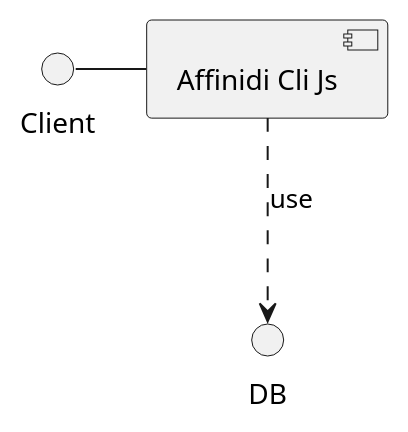
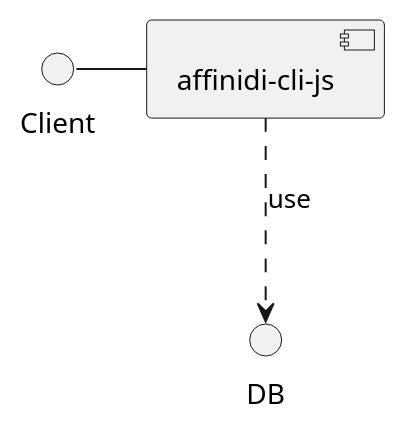
The diagram in docs/README.md (affinidi/affinidi-cli), drawn with PlantUML before and after one commit. The commit also changed other lines of this file and 10 other files, not shown here.

````diff
--- a/docs/README.md
+++ b/docs/README.md
@@ -9,8 +27,8 @@
 ```plantuml
 @startuml
 
-Client - [Affinidi Cli Js]
-[Affinidi Cli Js] ..> DB : use
+Client - [affinidi-cli-js]
+[affinidi-cli-js] ..> DB : use
 
 @enduml
 ```
````
